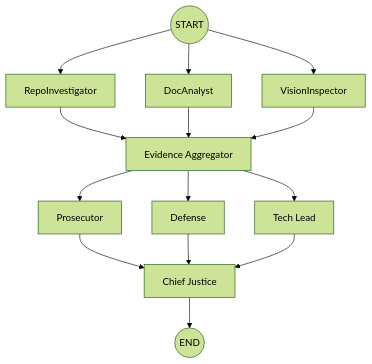
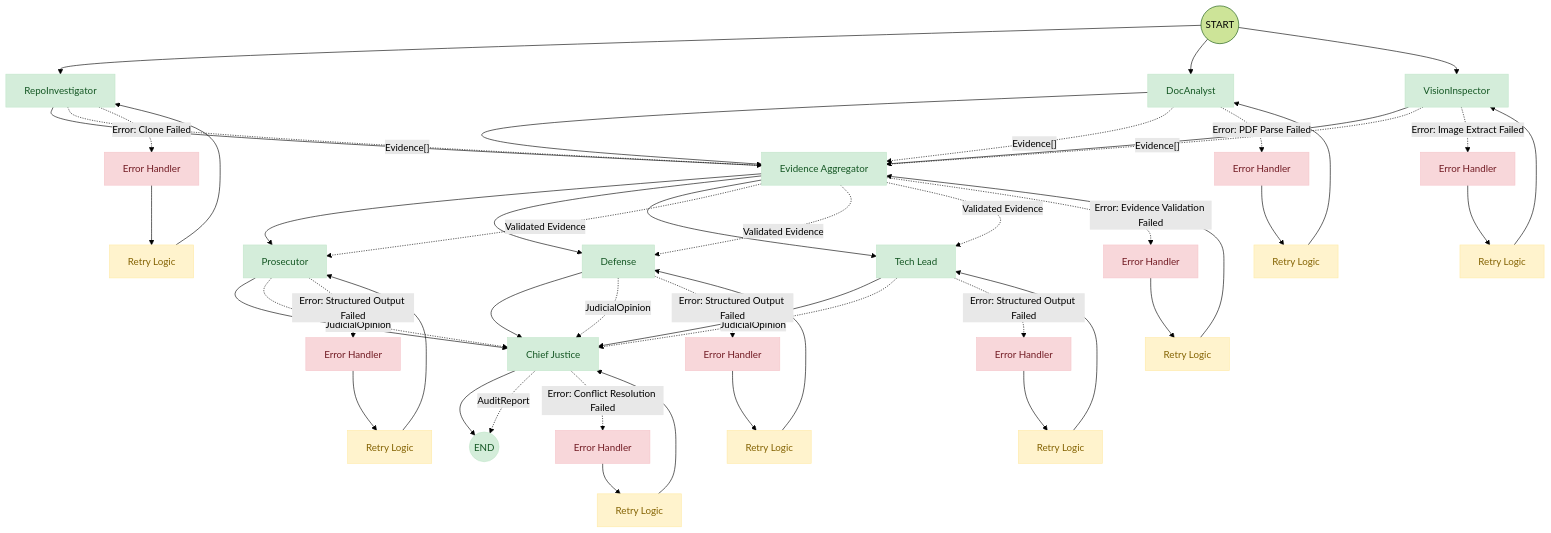
The diagram in reports/interim_report_improved.md (ketewodros41-star/trp-week-2), drawn with Mermaid (forest theme) before and after one commit. The commit also changed other lines of this file and 25 other files, not shown here.

````diff
--- a/reports/interim_report_improved.md
+++ b/reports/interim_report_improved.md
@@ -367,20 +499,69 @@
 ```mermaid
 graph TD
         START((START)) --> RI[RepoInvestigator]
         START --> DA[DocAnalyst]
         START --> VI[VisionInspector]
     
         RI --> AGG[Evidence Aggregator]
         DA --> AGG
         VI --> AGG
     
         AGG --> PR[Prosecutor]
         AGG --> DF[Defense]
         AGG --> TL[Tech Lead]
     
         PR --> CJ[Chief Justice]
         DF --> CJ
         TL --> CJ
     
         CJ --> END((END))
+        
+        %% State Type Labels
+        RI -.->|"Evidence[]"| AGG
+        DA -.->|"Evidence[]"| AGG
+        VI -.->|"Evidence[]"| AGG
+        AGG -.->|"Validated Evidence"| PR
+        AGG -.->|"Validated Evidence"| DF
+        AGG -.->|"Validated Evidence"| TL
+        PR -.->|"JudicialOpinion"| CJ
+        DF -.->|"JudicialOpinion"| CJ
+        TL -.->|"JudicialOpinion"| CJ
+        CJ -.->|"AuditReport"| END
+        
+        %% Conditional Error Paths
+        RI -.->|"Error: Clone Failed"| ERR1[Error Handler]
+        DA -.->|"Error: PDF Parse Failed"| ERR2[Error Handler]
+        VI -.->|"Error: Image Extract Failed"| ERR3[Error Handler]
+        AGG -.->|"Error: Evidence Validation Failed"| ERR4[Error Handler]
+        PR -.->|"Error: Structured Output Failed"| ERR5[Error Handler]
+        DF -.->|"Error: Structured Output Failed"| ERR6[Error Handler]
+        TL -.->|"Error: Structured Output Failed"| ERR7[Error Handler]
+        CJ -.->|"Error: Conflict Resolution Failed"| ERR8[Error Handler]
+        
+        ERR1 --> RETRY1[Retry Logic]
+        ERR2 --> RETRY2[Retry Logic]
+        ERR3 --> RETRY3[Retry Logic]
+        ERR4 --> RETRY4[Retry Logic]
+        ERR5 --> RETRY5[Retry Logic]
+        ERR6 --> RETRY6[Retry Logic]
+        ERR7 --> RETRY7[Retry Logic]
+        ERR8 --> RETRY8[Retry Logic]
+        
+        RETRY1 --> RI
+        RETRY2 --> DA
+        RETRY3 --> VI
+        RETRY4 --> AGG
+        RETRY5 --> PR
+        RETRY6 --> DF
+        RETRY7 --> TL
+        RETRY8 --> CJ
+        
+        %% Success/Failure Indicators
+        classDef success fill:#d4edda,stroke:#c3e6cb,color:#155724
+        classDef error fill:#f8d7da,stroke:#f5c6cb,color:#721c24
+        classDef retry fill:#fff3cd,stroke:#ffeaa7,color:#856404
+        
+        class RI,DA,VI,AGG,PR,DF,TL,CJ,END success
+        class ERR1,ERR2,ERR3,ERR4,ERR5,ERR6,ERR7,ERR8 error
+        class RETRY1,RETRY2,RETRY3,RETRY4,RETRY5,RETRY6,RETRY7,RETRY8 retry
 ```
````
